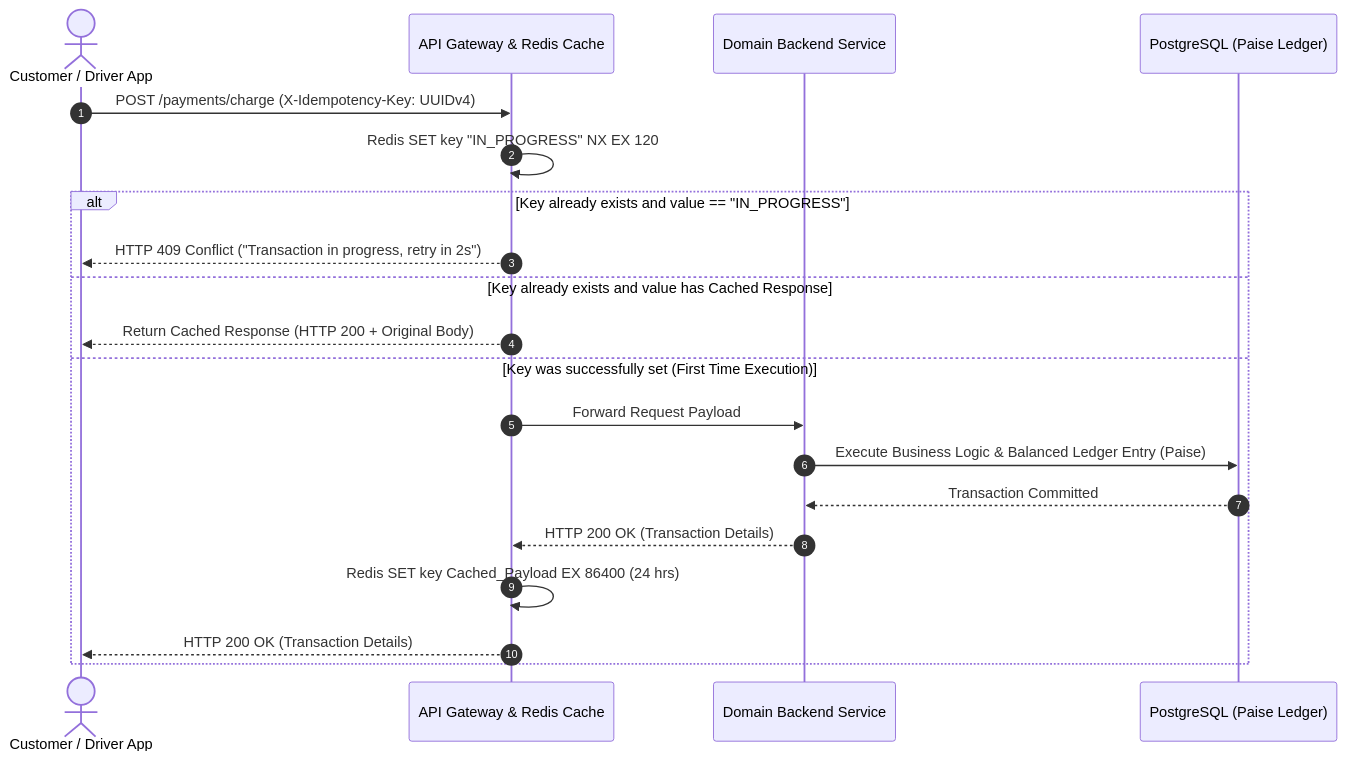
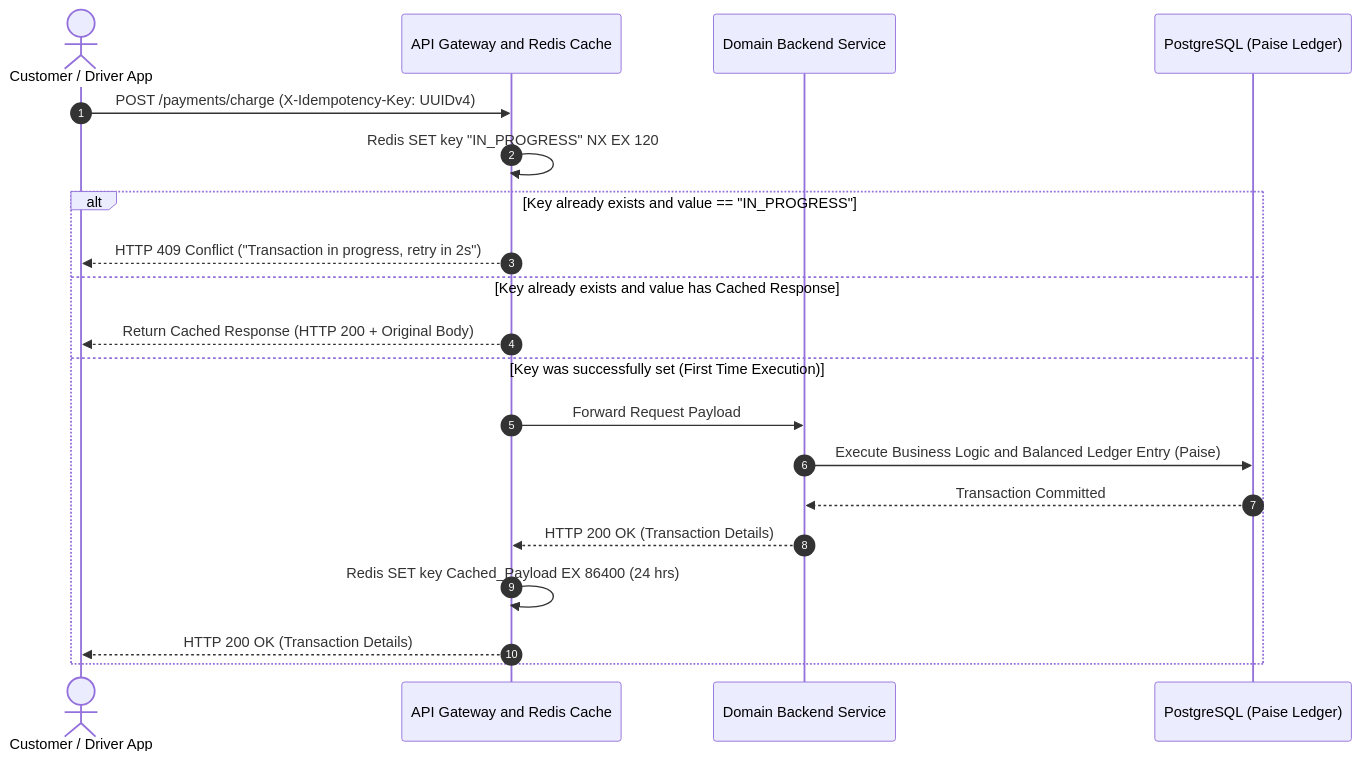
Before and after one commit to programmerfiroz/all-in-one: the eighth of 9 diagrams in docs/05_remediation_plan/enterprise_remediation_plan.md, drawn with Mermaid. The commit also changed 1 other file, not shown here.

Commit message:
docs: implement master visual hierarchy and complete system flow blueprint (VHB-IND-V1.2)

````diff
--- a/docs/05_remediation_plan/enterprise_remediation_plan.md
+++ b/docs/05_remediation_plan/enterprise_remediation_plan.md
@@ -505,24 +505,24 @@
 ```mermaid
 sequenceDiagram
     autonumber
     actor Client as Customer / Driver App
-    participant Gateway as API Gateway & Redis Cache
+    participant Gateway as API Gateway and Redis Cache
     participant Service as Domain Backend Service
     participant DB as PostgreSQL (Paise Ledger)
 
     Client->>Gateway: POST /payments/charge (X-Idempotency-Key: UUIDv4)
     Gateway->>Gateway: Redis SET key "IN_PROGRESS" NX EX 120
     
     alt Key already exists and value == "IN_PROGRESS"
         Gateway-->>Client: HTTP 409 Conflict ("Transaction in progress, retry in 2s")
     else Key already exists and value has Cached Response
         Gateway-->>Client: Return Cached Response (HTTP 200 + Original Body)
     else Key was successfully set (First Time Execution)
         Gateway->>Service: Forward Request Payload
-        Service->>DB: Execute Business Logic & Balanced Ledger Entry (Paise)
+        Service->>DB: Execute Business Logic and Balanced Ledger Entry (Paise)
         DB-->>Service: Transaction Committed
         Service-->>Gateway: HTTP 200 OK (Transaction Details)
         Gateway->>Gateway: Redis SET key Cached_Payload EX 86400 (24 hrs)
         Gateway-->>Client: HTTP 200 OK (Transaction Details)
     end
 ```
````
